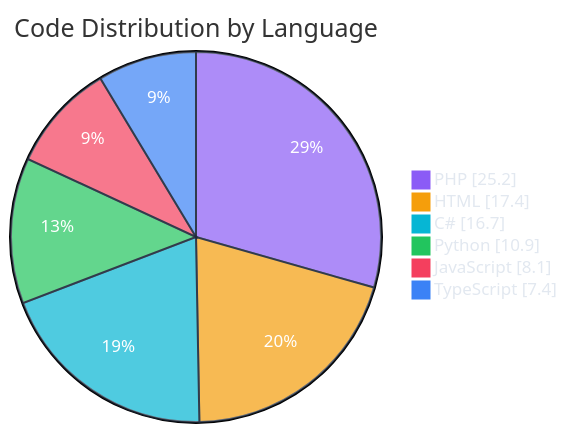
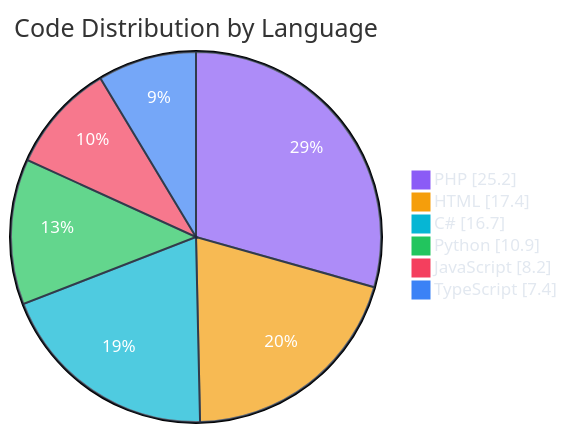
The second of 7 diagrams in README.md (polo-nyan/polo-nyan), drawn with Mermaid before and after one commit. The commit also changed other lines of this file and 1 other file, not shown here.

````diff
--- a/README.md
+++ b/README.md
@@ -229,11 +229,11 @@
 ```mermaid
 %%{init: {"theme": "base", "themeVariables": { "pie1": "#8b5cf6", "pie2": "#f59e0b", "pie3": "#06b6d4", "pie4": "#22c55e", "pie5": "#f43f5e", "pie6": "#3b82f6", "pie7": "#ec4899", "pieTextColor": "#ffffff", "pieLegendTextColor": "#e2e8f0", "pieSectionTextColor": "#ffffff", "pieStrokeColor": "#1e293b" }}}%%
 pie showData
     title Code Distribution by Language
     "PHP" : 25.2
     "HTML" : 17.4
     "C#" : 16.7
     "Python" : 10.9
-    "JavaScript" : 8.1
+    "JavaScript" : 8.2
     "TypeScript" : 7.4
 ```
````
